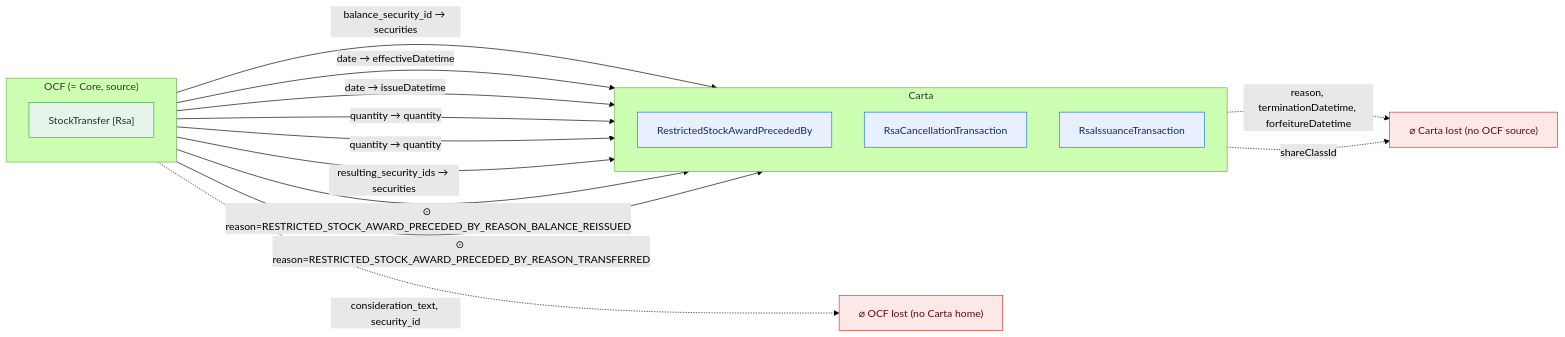
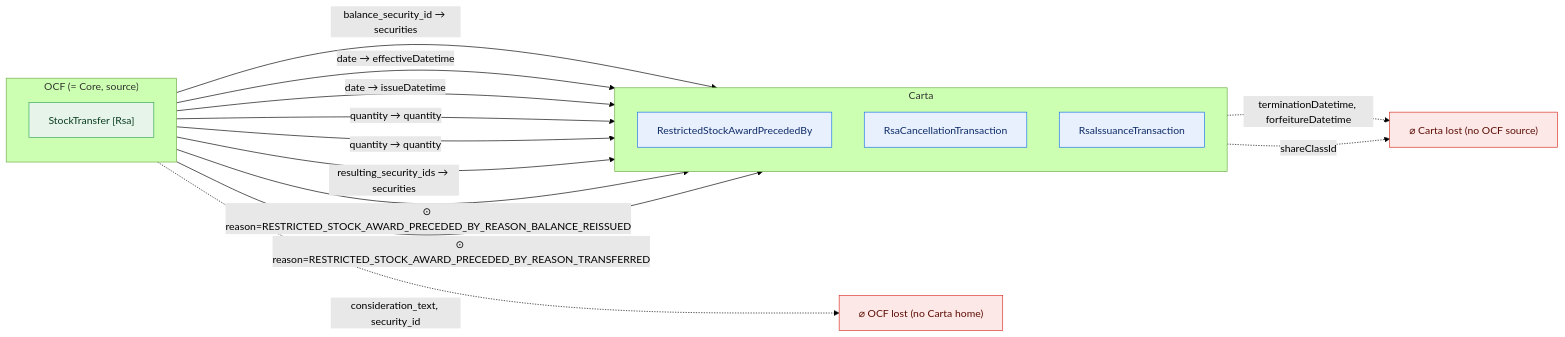
Diagram 12 of 47 in docs/core-bidirectional-flow.md (Open-Cap-Table-Coalition/OCF-Composed-Schemas), drawn with Mermaid (forest theme) before and after one commit. The commit also changed other lines of this file and 12 other files, not shown here.

````diff
--- a/docs/core-bidirectional-flow.md
+++ b/docs/core-bidirectional-flow.md
@@ -384,30 +400,30 @@
 ```mermaid
 flowchart LR
   classDef adm fill:#e6f4ea,stroke:#34a853,color:#0b3d20;
   classDef notadm fill:#f1f3f4,stroke:#9aa0a6,color:#5f6368,stroke-dasharray:4 3;
   classDef carta fill:#e8f0fe,stroke:#1a73e8,color:#0d2b66;
   classDef lost fill:#fce8e6,stroke:#d93025,color:#5c0d06;
   subgraph SRC["OCF (= Core, source)"]
     direction TB
     o0["StockTransfer [Rsa]"]:::adm
   end
   subgraph TGT["Carta"]
     direction TB
     t0["RestrictedStockAwardPrecededBy"]:::carta
     t1["RsaCancellationTransaction"]:::carta
     t2["RsaIssuanceTransaction"]:::carta
   end
   ocflost["⌀ OCF lost (no Carta home)"]:::lost
   cartalost["⌀ Carta lost (no OCF source)"]:::lost
   o0 -->|"balance_security_id → securities"| t0
   o0 -->|"date → effectiveDatetime"| t1
   o0 -->|"date → issueDatetime"| t2
   o0 -->|"quantity → quantity"| t1
   o0 -->|"quantity → quantity"| t2
   o0 -->|"resulting_security_ids → securities"| t0
   o0 -->|"⊙ reason=RESTRICTED_STOCK_AWARD_PRECEDED_BY_REASON_BALANCE_REISSUED"| t0
   o0 -->|"⊙ reason=RESTRICTED_STOCK_AWARD_PRECEDED_BY_REASON_TRANSFERRED"| t0
   o0 -.->|"consideration_text, security_id"| ocflost
-  t1 -.->|"reason, terminationDatetime, forfeitureDatetime"| cartalost
+  t1 -.->|"terminationDatetime, forfeitureDatetime"| cartalost
   t2 -.->|"shareClassId"| cartalost
 ```
````
